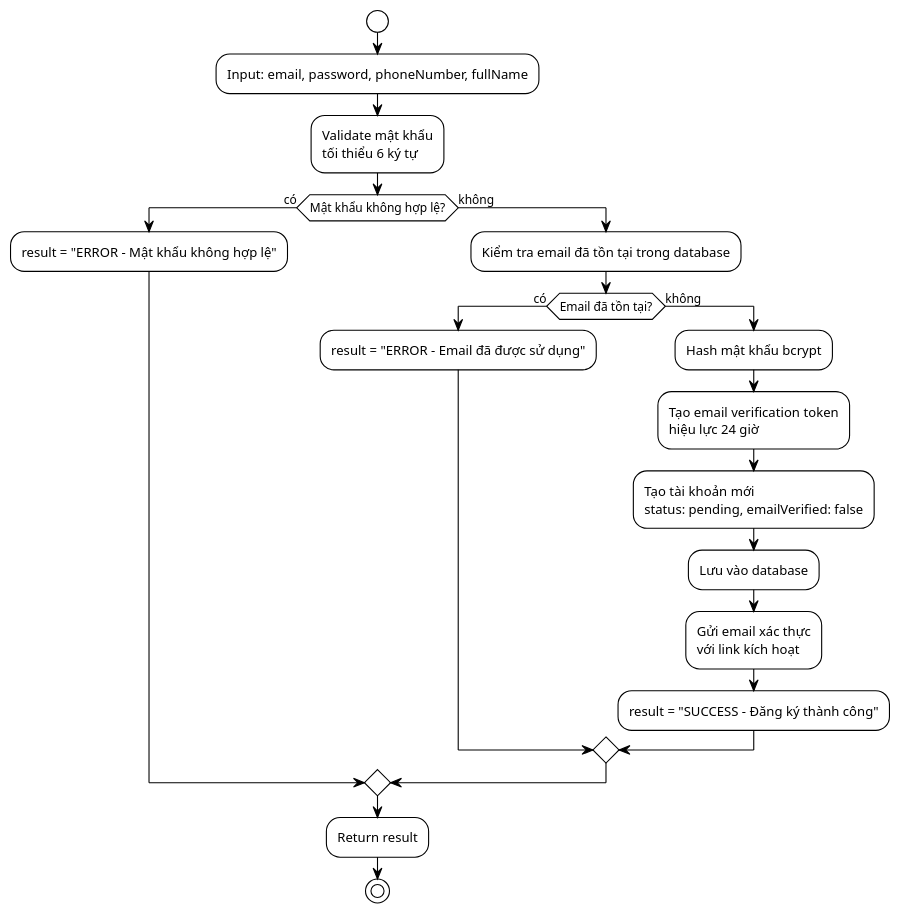
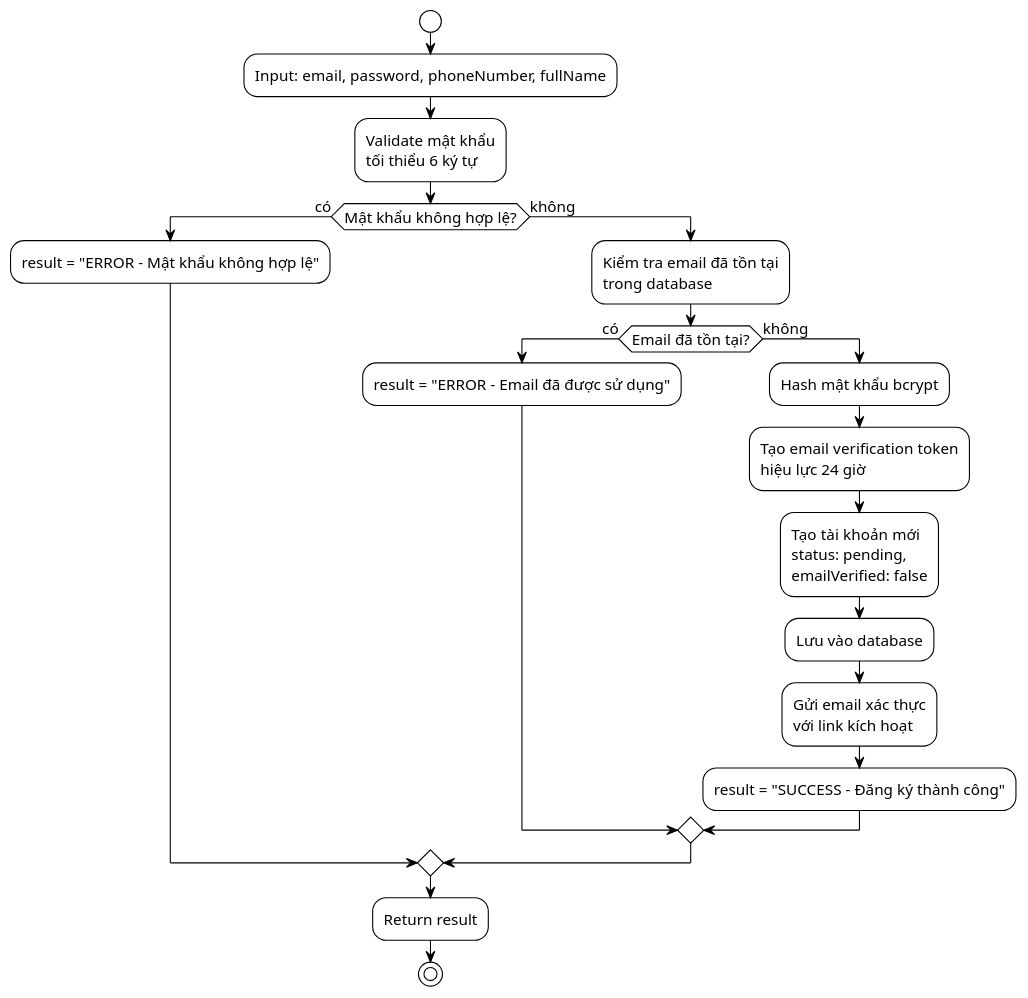
The diagram in Phân tích hệ thống/Sơ đồ thuật toán/ALGORITHM_DANG_KY.puml (AnthanBiPhap/Khachsan), drawn with PlantUML before and after one commit. The commit also changed 40 other files, not shown here.

```diff
--- a/Phân tích hệ thống/Sơ đồ thuật toán/ALGORITHM_DANG_KY.puml
+++ b/Phân tích hệ thống/Sơ đồ thuật toán/ALGORITHM_DANG_KY.puml
@@ -1,29 +1,34 @@
 @startuml Algorithm_Dang_Ky
 !theme plain
+
+skinparam defaultFontSize 14
+skinparam activityFontSize 14
+skinparam noteFontSize 14
+skinparam arrowFontSize 14
 
 start
 :Input: email, password, phoneNumber, fullName;
 
 :Validate mật khẩu\ntối thiểu 6 ký tự;
 
 if (Mật khẩu không hợp lệ?) then (có)
     :result = "ERROR - Mật khẩu không hợp lệ";
 else (không)
-    :Kiểm tra email đã tồn tại trong database;
+    :Kiểm tra email đã tồn tại\ntrong database;
     if (Email đã tồn tại?) then (có)
         :result = "ERROR - Email đã được sử dụng";
     else (không)
         :Hash mật khẩu bcrypt;
         :Tạo email verification token\nhiệu lực 24 giờ;
-        :Tạo tài khoản mới\nstatus: pending, emailVerified: false;
+        :Tạo tài khoản mới\nstatus: pending,\nemailVerified: false;
         :Lưu vào database;
         :Gửi email xác thực\nvới link kích hoạt;
         :result = "SUCCESS - Đăng ký thành công";
     endif
 endif
 
 :Return result;
 
 stop
 
 @enduml
```
